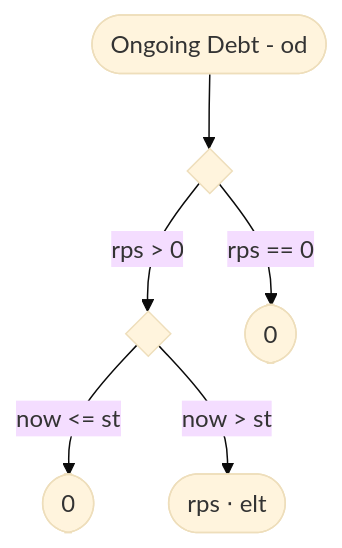
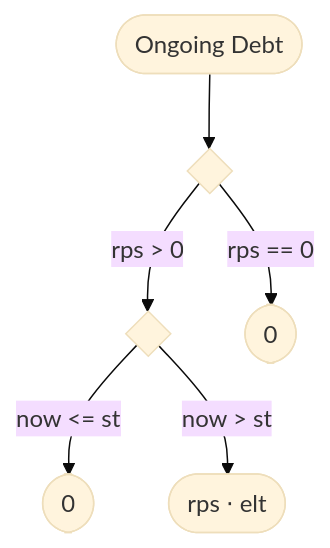
Before and after one commit to sablier-labs/docs: the third of 7 diagrams in docs/reference/flow/01-diagrams.md, drawn with Mermaid (base theme). The commit also changed other lines of this file and 2 other files, not shown here.

Commit message:
feat: use sequence diagrams

````diff
--- a/docs/reference/flow/01-diagrams.md
+++ b/docs/reference/flow/01-diagrams.md
@@ -47,15 +52,15 @@
 ```mermaid
 flowchart TD
-rca([Ongoing Debt - od])
+rca([Ongoing Debt])
 di0{ }
 di1{ }
 res_00([0 ])
 res_01([0 ])
 res_rca(["rps &sdot; elt"])
 
 rca --> di0
 di0 -- "rps > 0" --> di1
 di0 -- "rps == 0" --> res_00
 di1 -- "now <= st" --> res_01
 di1 -- "now > st" --> res_rca
 ```
````
